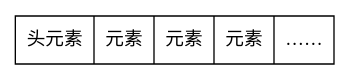
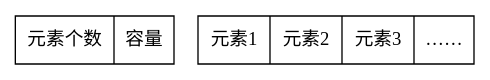
Before and after one commit to xavierwoo/data_structrues_notes: the second of 31 diagrams in src/第一章-线性结构.md, drawn with Graphviz. The commit also changed other lines of this file and 1 other file, not shown here.

````diff
--- a/src/第一章-线性结构.md
+++ b/src/第一章-线性结构.md
@@ -20,7 +32,8 @@
 ```dot
 digraph G{
     node [shape = record]
-    A [label = "头元素|元素|元素|元素|……"];
+    H[label="元素个数 | 容量"]
+    A [label = "元素1|元素2|元素3|……"];
 
 }
 ```
````
